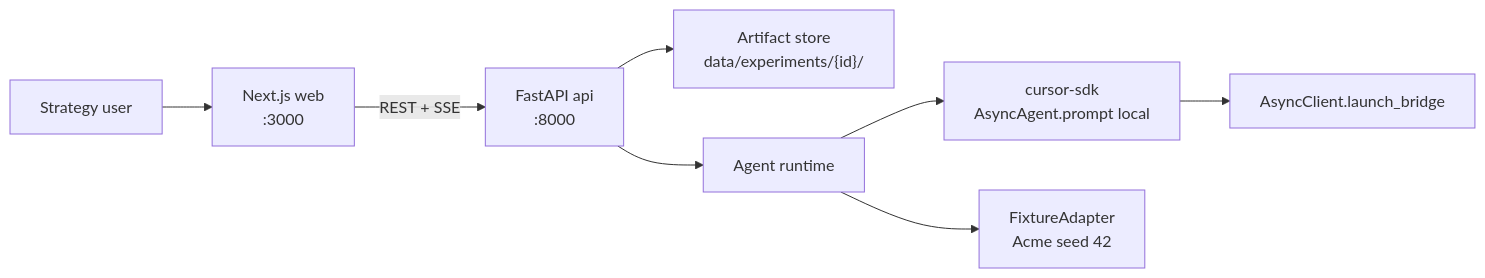
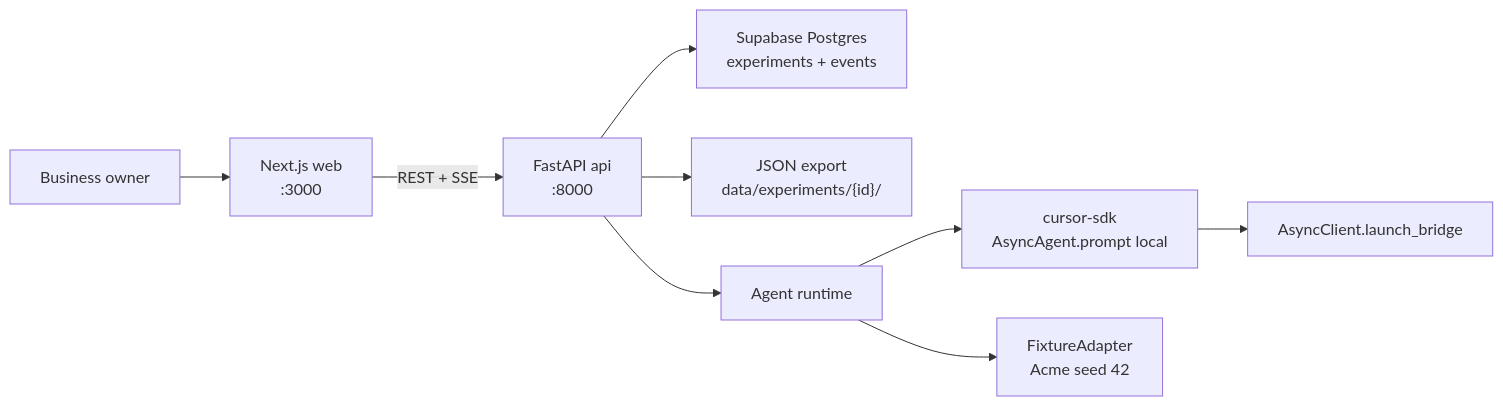
One commit to manu042k/CursorHackathon changed the second of 6 diagrams in architecture.md. Above: the diagram before and after it, drawn with Mermaid. The commit also changed other lines of this file and 7 other files, not shown here.

Commit message:
Lock the owner flow in docs: research, confirm roster, tunable rounds, and paper figures.

````diff
--- a/architecture.md
+++ b/architecture.md
@@ -114,10 +204,11 @@
 ```mermaid
 flowchart LR
-  User["Strategy user"] --> Web["Next.js web\n:3000"]
+  User["Business owner"] --> Web["Next.js web\n:3000"]
   Web -->|"REST + SSE"| Api["FastAPI api\n:8000"]
-  Api --> Store["Artifact store\ndata/experiments/{id}/"]
+  Api --> Ledger["Supabase Postgres\nexperiments + events"]
+  Api --> Store["JSON export\ndata/experiments/{id}/"]
   Api --> Runtime["Agent runtime"]
   Runtime --> CursorSdk["cursor-sdk\nAsyncAgent.prompt local"]
   CursorSdk --> Bridge["AsyncClient.launch_bridge"]
   Runtime --> Fixture["FixtureAdapter\nAcme seed 42"]
 ```
````
